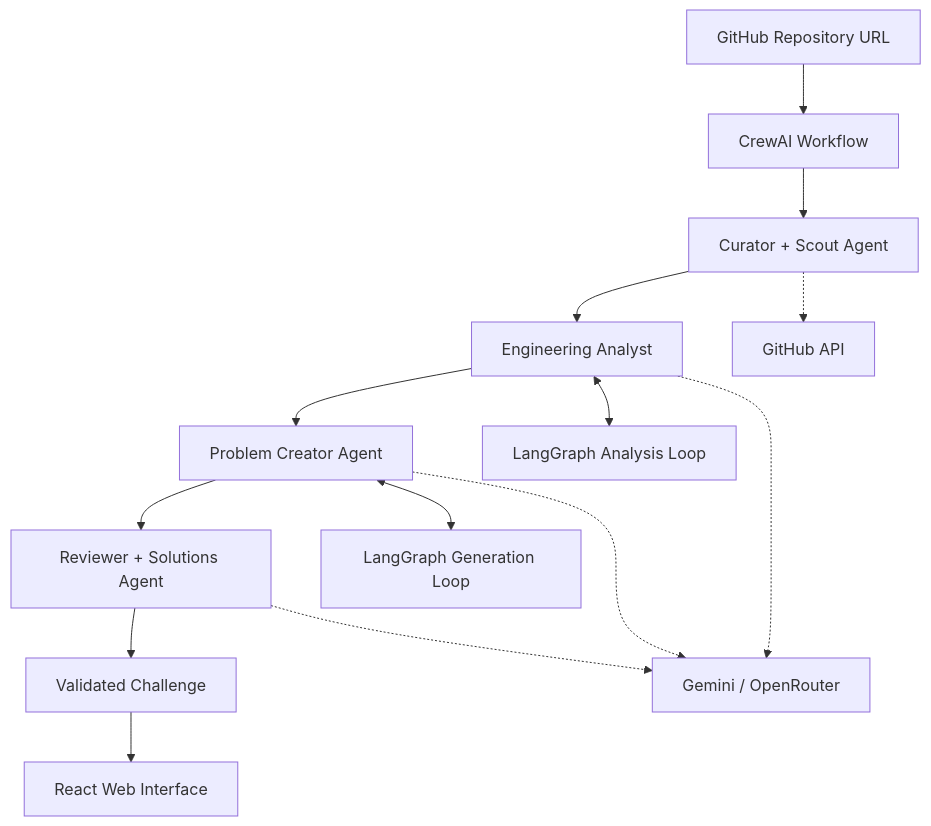
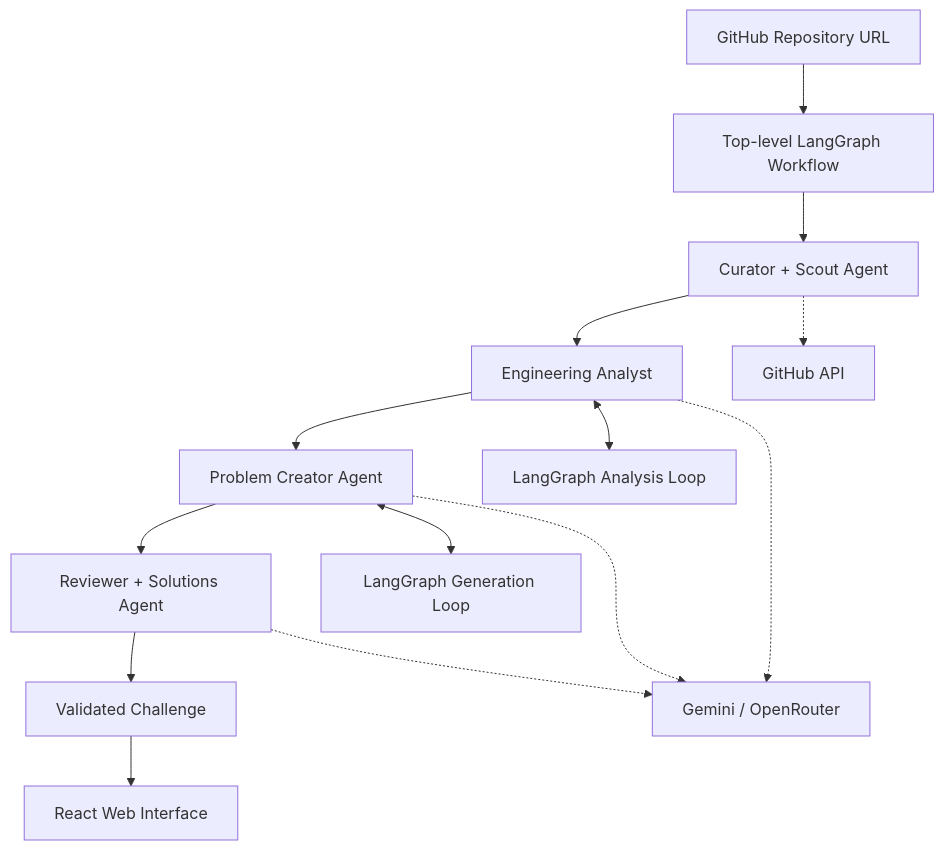
The diagram in README.md (ashutoshjalan23/Accelerate), drawn with Mermaid before and after one commit. The commit also changed other lines of this file and 4 other files, not shown here.

````diff
--- a/README.md
+++ b/README.md
@@ -50,18 +68,18 @@
 ```mermaid
 flowchart TD
-    A[GitHub Repository URL] --> B[CrewAI Workflow]
+    A[GitHub Repository URL] --> B[Top-level LangGraph Workflow]
     B --> C[Curator + Scout Agent]
     C --> D[Engineering Analyst]
     D --> E[Problem Creator Agent]
     E --> F[Reviewer + Solutions Agent]
     F --> G[Validated Challenge]
     G --> H[React Web Interface]
 
     D <--> D1[LangGraph Analysis Loop]
     E <--> E1[LangGraph Generation Loop]
 
     C -.-> I[GitHub API]
     D -.-> J[Gemini / OpenRouter]
     E -.-> J
     F -.-> J
 ```
````
